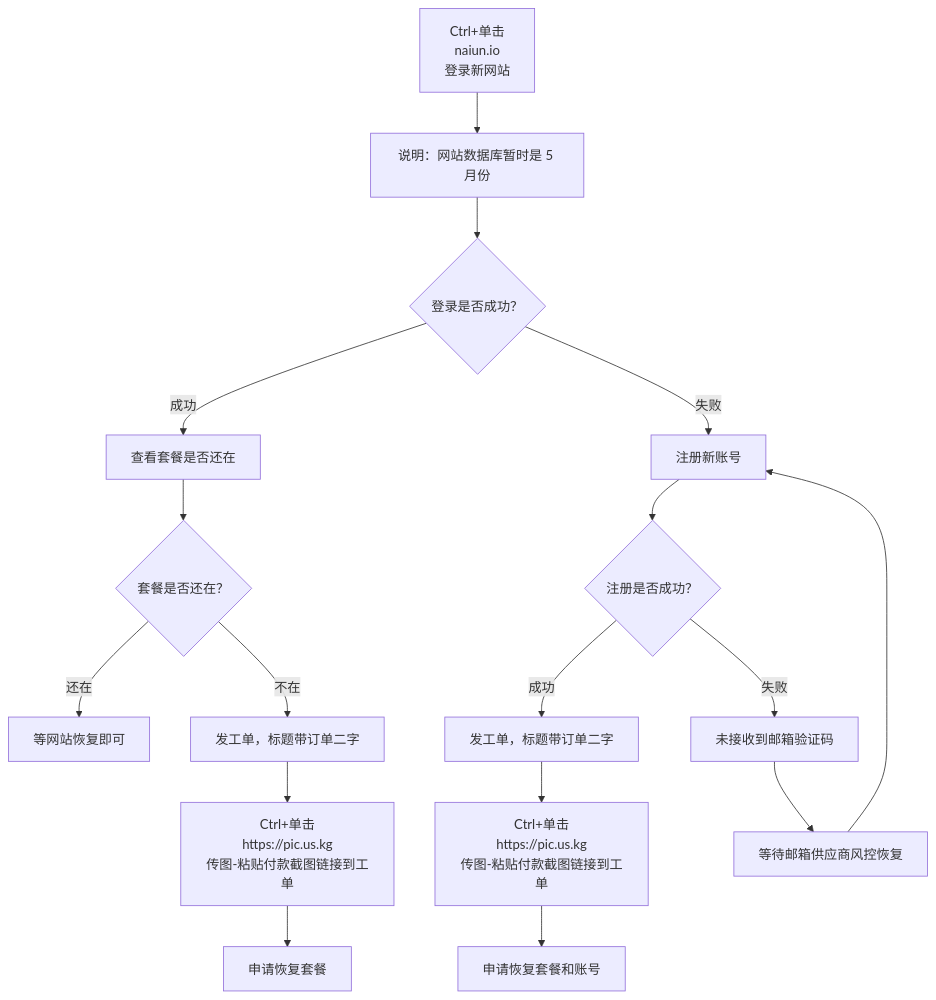
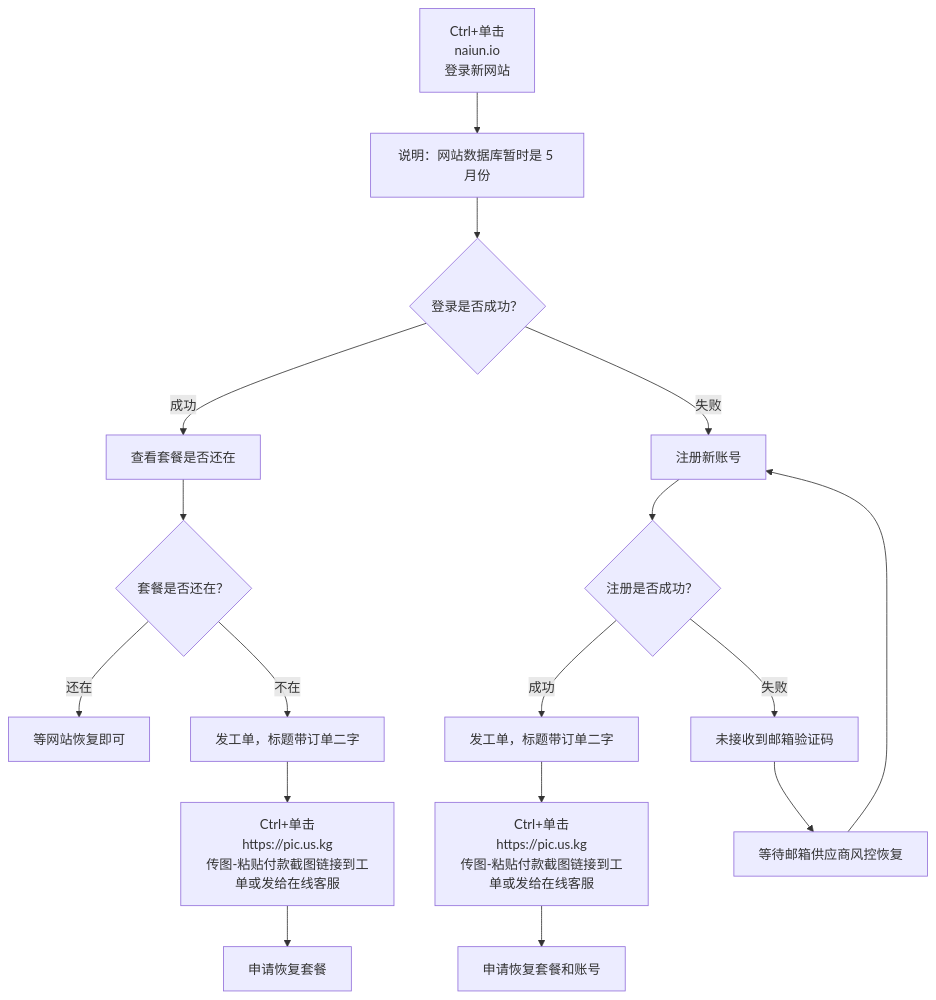
One commit to jdnei/naiyun changed the diagram in README.md. Above: the diagram before and after it, drawn with Mermaid.

````diff
--- a/README.md
+++ b/README.md
@@ -160,29 +160,29 @@
 ```mermaid
 flowchart TD
     A["Ctrl+单击<br/>naiun.io<br/>登录新网站"]
     A --> C[说明：网站数据库暂时是 5 月份]
     C --> D{登录是否成功？}
 
     D -->|成功| E[查看套餐是否还在]
     E --> F{套餐是否还在？}
 
     F -->|还在| G[等网站恢复即可]
     F -->|不在| H[发工单，标题带订单二字]
-    H --> I["Ctrl+单击<br/>https://pic.us.kg<br/>传图-粘贴付款截图链接到工单"]
+    H --> I["Ctrl+单击<br/>https://pic.us.kg<br/>传图-粘贴付款截图链接到工单或发给在线客服"]
     I --> J[申请恢复套餐]
 
     D -->|失败| K[注册新账号]
     K --> L{注册是否成功？}
 
     L -->|成功| M[发工单，标题带订单二字]
-    M --> N["Ctrl+单击<br/>https://pic.us.kg<br/>传图-粘贴付款截图链接到工单"]
+    M --> N["Ctrl+单击<br/>https://pic.us.kg<br/>传图-粘贴付款截图链接到工单或发给在线客服"]
     N --> O[申请恢复套餐和账号]
 
     L -->|失败| P[未接收到邮箱验证码]
     P --> Q[等待邮箱供应商风控恢复]
     Q --> K
 
     click A "https://naiun.io/#/register?code=KacwlzHN" "打开 naiun.io" _blank
     click I "https://pic.us.kg" "打开 pic.us.kg" _blank
     click N "https://pic.us.kg" "打开 pic.us.kg" _blank
 ```
````
